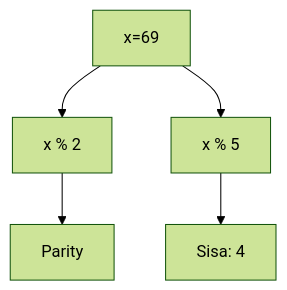
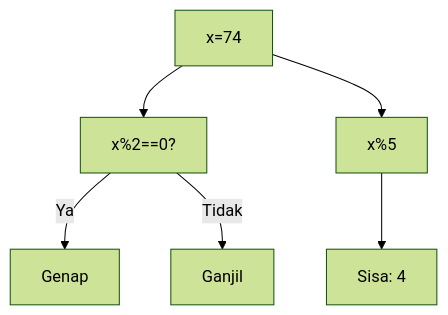
Before and after one commit to amnahwaida/OSNK_INF_PREP: the first of 25 diagrams in part-c-pemahaman-cpp/03-perulangan/latihan/set-08.md, drawn with Mermaid (forest theme). The commit also changed other lines of this file and 71 other files, not shown here.

Commit message:
Fixed Mermaid syntax lexical errors with quoted labels in 1,800 questions

````diff
--- a/part-c-pemahaman-cpp/03-perulangan/latihan/set-08.md
+++ b/part-c-pemahaman-cpp/03-perulangan/latihan/set-08.md
@@ -52,7 +23,8 @@
 ```mermaid
 graph TD
-A[x=69] --> B[x % 2]
-B --> C[Parity]
-A --> D[x % 5]
-D --> E[Sisa: 4]
+A["x=74"] --> B["x%2==0?"]
+B -- Ya --> C["Genap"]
+B -- Tidak --> D["Ganjil"]
+A --> E["x%5"]
+E --> F["Sisa: 4"]
 ```
````
